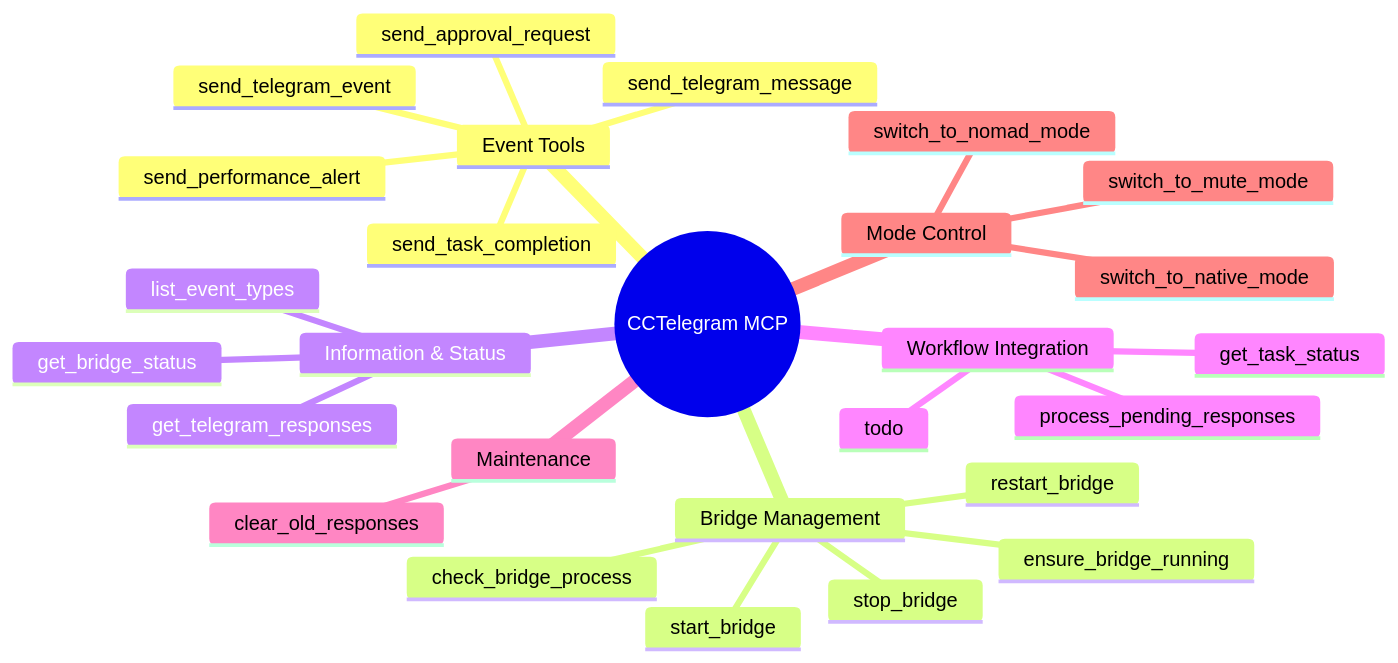
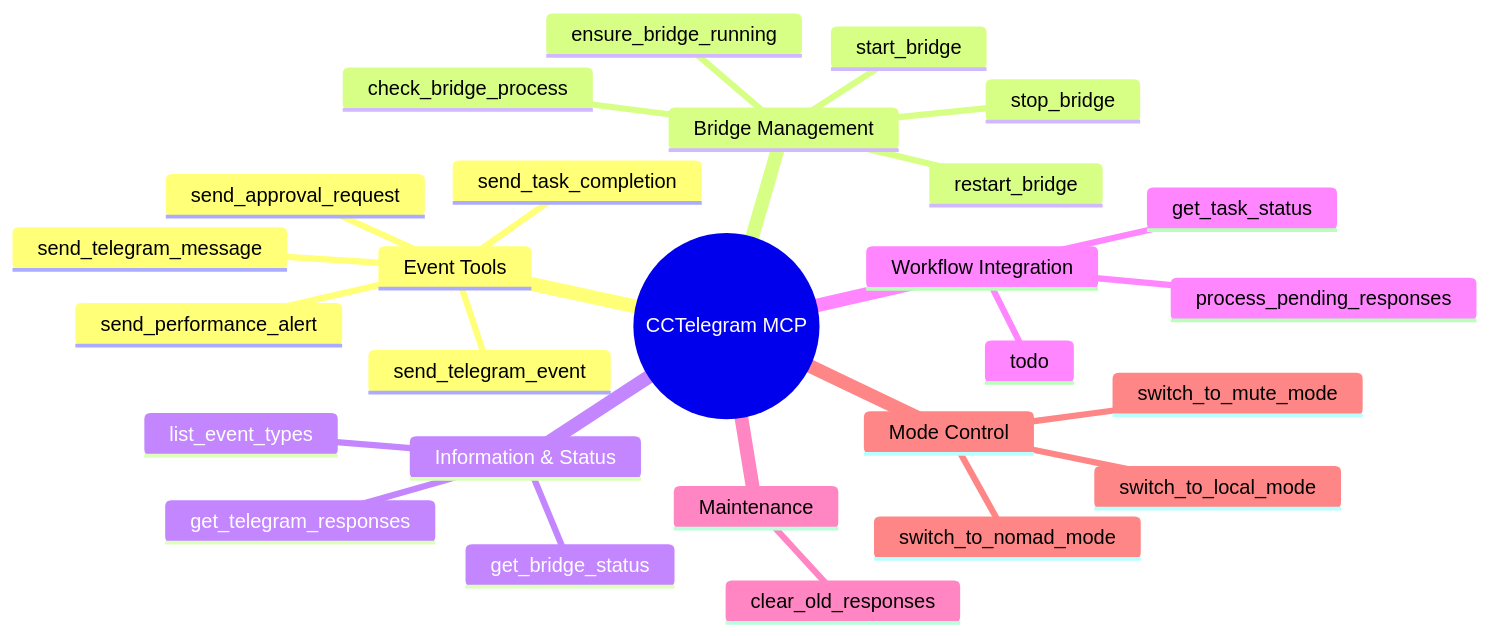
One commit to co8/cctelegram changed the diagram in docs/user-guide/claude-integration.md. Above: the diagram before and after it, drawn with Mermaid. The commit also changed other lines of this file and 11 other files, not shown here.

Commit message:
43 - Native to local

````diff
--- a/docs/user-guide/claude-integration.md
+++ b/docs/user-guide/claude-integration.md
@@ -35,30 +35,30 @@
 ```mermaid
 mindmap
   root((CCTelegram MCP))
     Event Tools
       send_telegram_event
       send_telegram_message
       send_task_completion
       send_performance_alert
       send_approval_request
     Bridge Management
       start_bridge
       stop_bridge  
       restart_bridge
       ensure_bridge_running
       check_bridge_process
     Information & Status
       get_bridge_status
       list_event_types
       get_telegram_responses
     Workflow Integration
       get_task_status
       todo
       process_pending_responses
     Maintenance
       clear_old_responses
     Mode Control
       switch_to_nomad_mode
-      switch_to_native_mode
+      switch_to_local_mode
       switch_to_mute_mode
 ```
````
